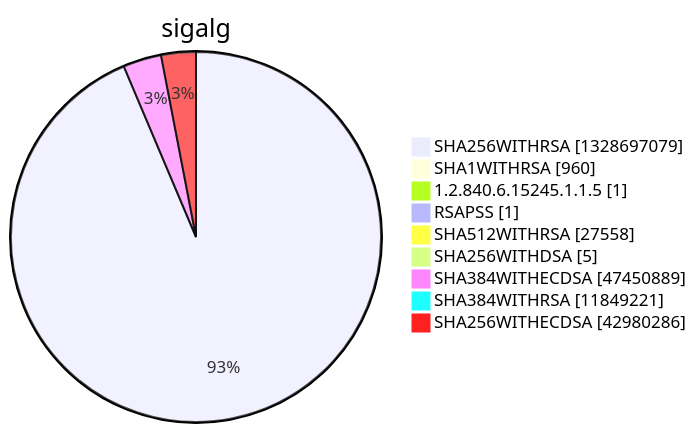
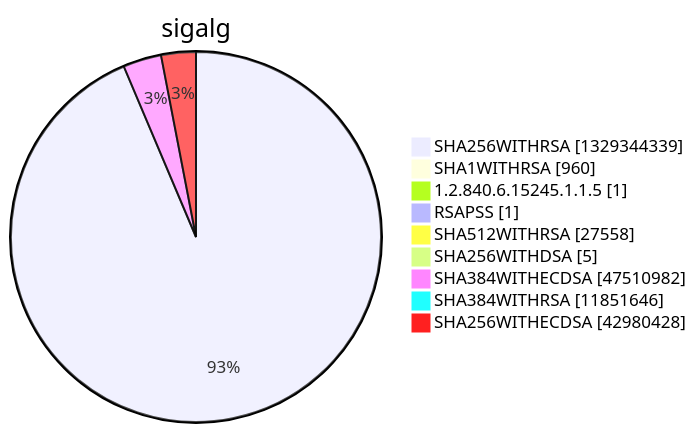
Before and after one commit to christiankrug/ctmonitor_visualization: diagram 15 of 15 in argon2022/README.md, drawn with Mermaid. The commit also changed other lines of this file, not shown here.

````diff
--- a/argon2022/README.md
+++ b/argon2022/README.md
@@ -5524,13 +5524,13 @@
 ```mermaid
 pie showData
 title sigalg
-"SHA256WITHRSA" :1328697079
+"SHA256WITHRSA" :1329344339
 "SHA1WITHRSA" :960
 "1.2.840.6.15245.1.1.5" :1
 "RSAPSS" :1
 "SHA512WITHRSA" :27558
 "SHA256WITHDSA" :5
-"SHA384WITHECDSA" :47450889
-"SHA384WITHRSA" :11849221
-"SHA256WITHECDSA" :42980286
+"SHA384WITHECDSA" :47510982
+"SHA384WITHRSA" :11851646
+"SHA256WITHECDSA" :42980428
 ```
````
